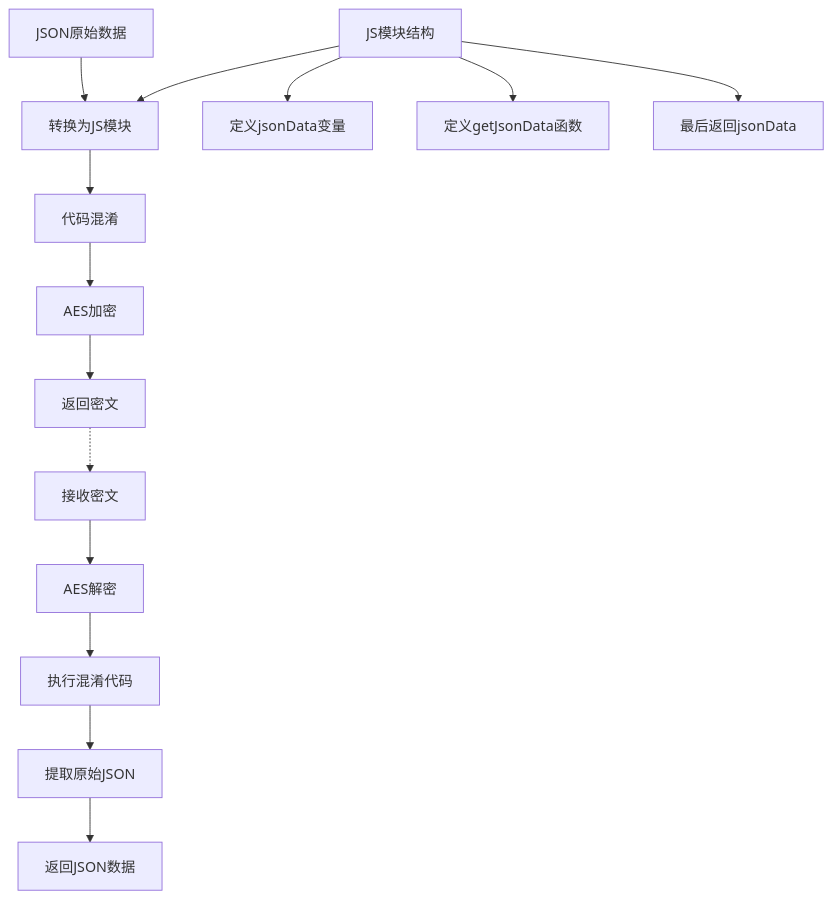
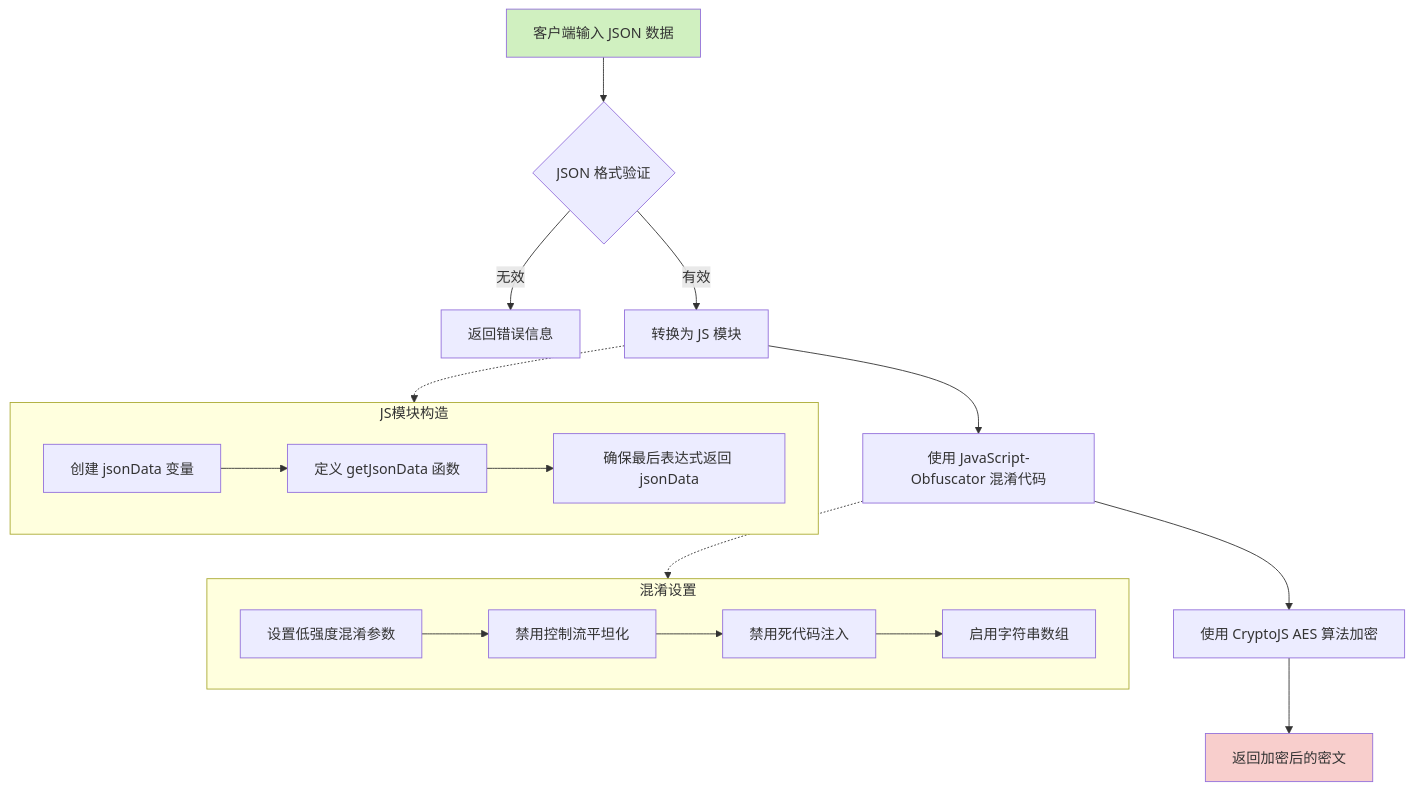
Before and after one commit to yingjianzh/iodraw-files: the diagram in all/未命名-42.md, drawn with Mermaid.

Commit message:
2025-04-24 17:48:49 update

````diff
--- a/all/未命名-42.md
+++ b/all/未命名-42.md
@@ -1,19 +1,26 @@
 ```mermaid
-graph TD
-    A[JSON原始数据] --> B[转换为JS模块]
-    B --> C[代码混淆]
-    C --> D[AES加密]
-    D --> E[返回密文]
+flowchart TD
+    A[客户端输入 JSON 数据] --> B{JSON 格式验证}
+    B -->|无效| C[返回错误信息]
+    B -->|有效| D[转换为 JS 模块]
+    D --> E[使用 JavaScript-Obfuscator 混淆代码]
+    E --> F[使用 CryptoJS AES 算法加密]
+    F --> G[返回加密后的密文]
     
-    F[接收密文] --> G[AES解密]
-    G --> H[执行混淆代码]
-    H --> I[提取原始JSON]
-    I --> J[返回JSON数据]
+    subgraph JS模块构造
+    D1[创建 jsonData 变量] --> D2[定义 getJsonData 函数]
+    D2 --> D3[确保最后表达式返回 jsonData]
+    end
     
-    E -.-> F
+    subgraph 混淆设置
+    E1[设置低强度混淆参数] --> E2[禁用控制流平坦化]
+    E2 --> E3[禁用死代码注入]
+    E3 --> E4[启用字符串数组]
+    end
     
-    K[JS模块结构] --> B
-    K --> K1[定义jsonData变量]
-    K --> K2[定义getJsonData函数]
-    K --> K3[最后返回jsonData]
+    D -.-> JS模块构造
+    E -.-> 混淆设置
+    
+    style A fill:#d0f0c0
+    style G fill:#f8cecc
 ```
````
